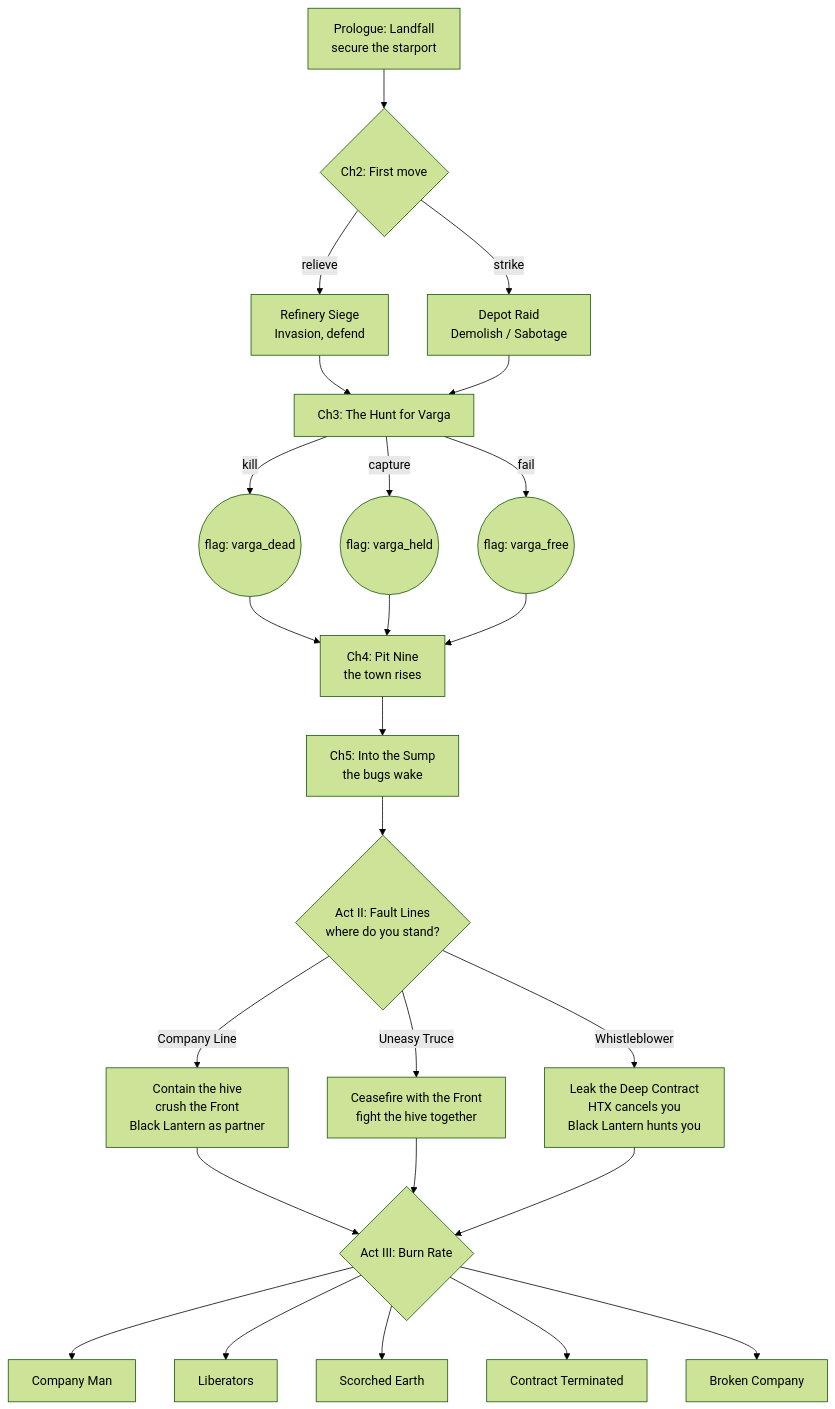
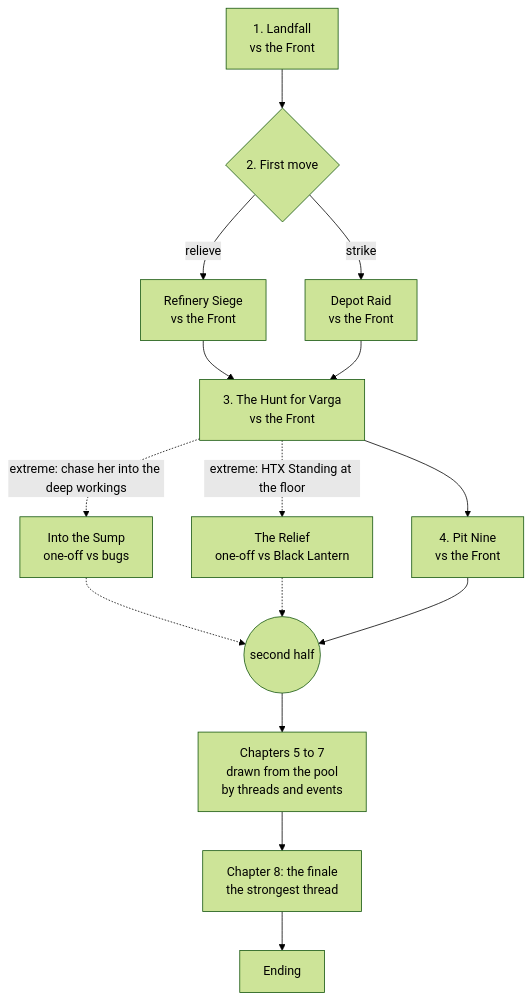
One commit to edcull/PMC-Firefight changed the diagram in docs/story-mode-plan.md. Above: the diagram before and after it, drawn with Mermaid (forest theme). The commit also changed other lines of this file, not shown here.

First line of the commit message:
Story mode plan: a fixed first half against the rebels, a free second half

````diff
--- a/docs/story-mode-plan.md
+++ b/docs/story-mode-plan.md
@@ -91,27 +102,17 @@
 ```mermaid
 flowchart TD
-  P[Prologue: Landfall<br/>secure the starport] --> C2{Ch2: First move}
-  C2 -->|relieve| C2a[Refinery Siege<br/>Invasion, defend]
-  C2 -->|strike| C2b[Depot Raid<br/>Demolish / Sabotage]
-  C2a --> C3[Ch3: The Hunt for Varga]
+  C1[1. Landfall<br/>vs the Front] --> C2{2. First move}
+  C2 -->|relieve| C2a[Refinery Siege<br/>vs the Front]
+  C2 -->|strike| C2b[Depot Raid<br/>vs the Front]
+  C2a --> C3[3. The Hunt for Varga<br/>vs the Front]
   C2b --> C3
-  C3 -->|kill| F1((flag: varga_dead))
-  C3 -->|capture| F2((flag: varga_held))
-  C3 -->|fail| F3((flag: varga_free))
-  F1 --> C4[Ch4: Pit Nine<br/>the town rises]
-  F2 --> C4
-  F3 --> C4
-  C4 --> C5[Ch5: Into the Sump<br/>the bugs wake]
-  C5 --> X{Act II: Fault Lines<br/>where do you stand?}
-  X -->|Company Line| A1[Contain the hive<br/>crush the Front<br/>Black Lantern as partner]
-  X -->|Uneasy Truce| B1[Ceasefire with the Front<br/>fight the hive together]
-  X -->|Whistleblower| W1[Leak the Deep Contract<br/>HTX cancels you<br/>Black Lantern hunts you]
-  A1 --> III{Act III: Burn Rate}
-  B1 --> III
-  W1 --> III
-  III --> E1[Company Man]
-  III --> E2[Liberators]
-  III --> E3[Scorched Earth]
-  III --> E4[Contract Terminated]
-  III --> E5[Broken Company]
+  C3 --> C4[4. Pit Nine<br/>vs the Front]
+  C3 -.->|extreme: chase her into the deep workings| S[Into the Sump<br/>one-off vs bugs]
+  C3 -.->|extreme: HTX Standing at the floor| L[The Relief<br/>one-off vs Black Lantern]
+  S -.-> H((second half))
+  L -.-> H
+  C4 --> H
+  H --> P[Chapters 5 to 7<br/>drawn from the pool<br/>by threads and events]
+  P --> F[Chapter 8: the finale<br/>the strongest thread]
+  F --> E[Ending]
 ```
````
